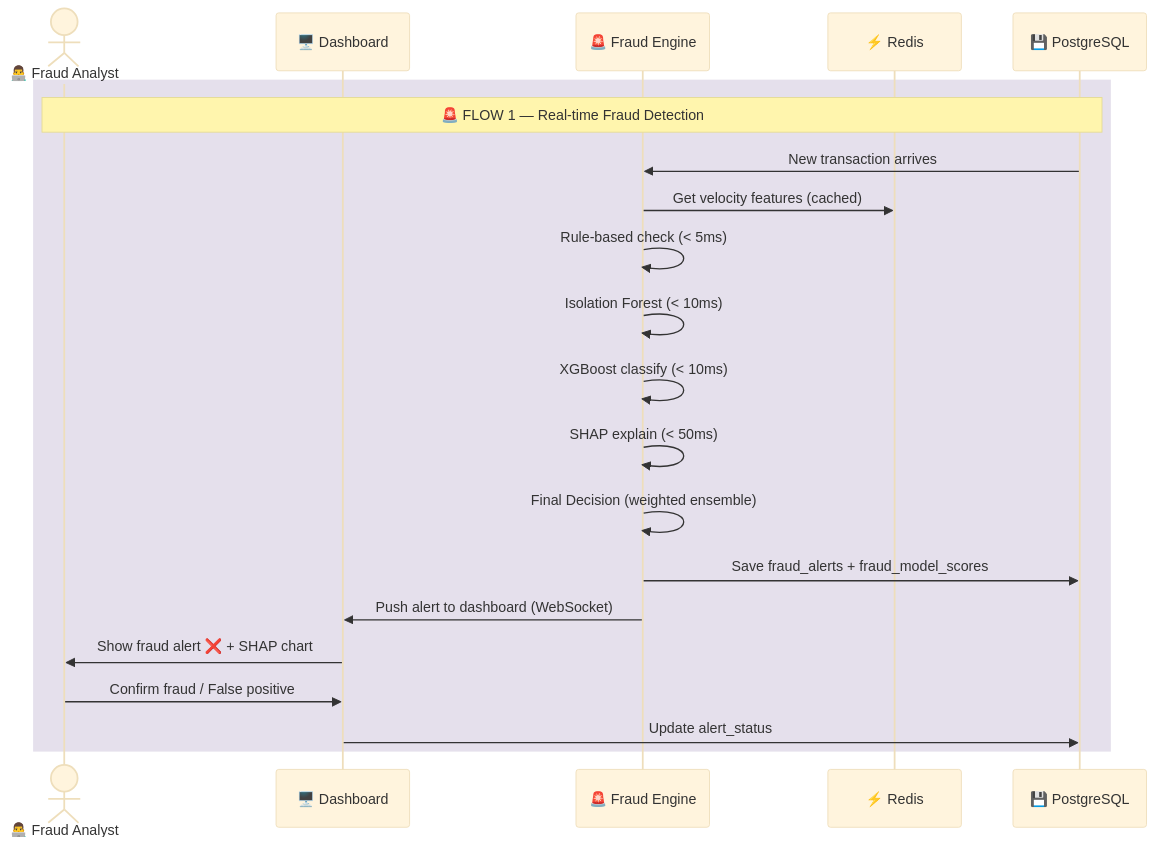
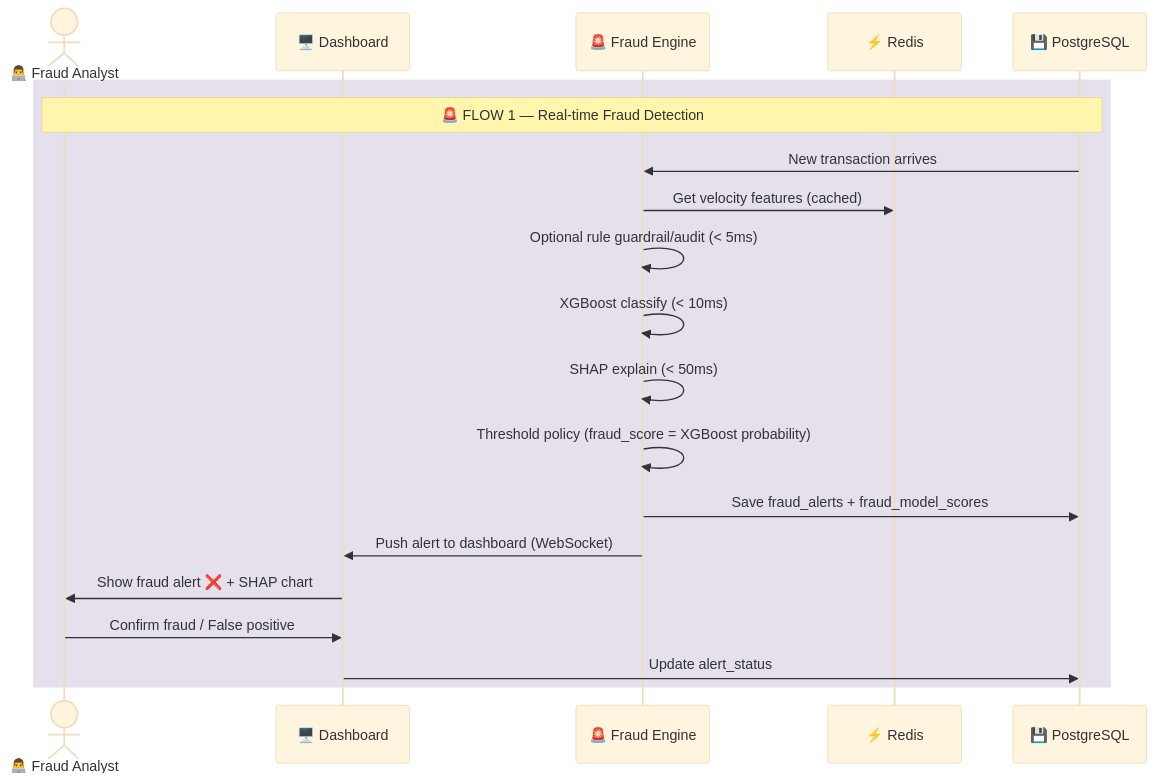
One commit to VietTrQuoc/smart-finance-ai changed the second of 7 diagrams in docs/STRUCTURE.md. Above: the diagram before and after it, drawn with Mermaid (base theme). The commit also changed other lines of this file and 45 other files, not shown here.

````diff
--- a/docs/STRUCTURE.md
+++ b/docs/STRUCTURE.md
@@ -240,24 +272,23 @@
 ```mermaid
 sequenceDiagram
     actor A as 👨‍💻 Fraud Analyst
     participant D as 🖥️ Dashboard
     participant FR as 🚨 Fraud Engine
     participant C as ⚡ Redis
     participant DB as 💾 PostgreSQL
 
     rect rgb(83, 52, 131, 0.15)
         Note over A,DB: 🚨 FLOW 1 — Real-time Fraud Detection
         DB->>FR: New transaction arrives
         FR->>C: Get velocity features (cached)
-        FR->>FR: Rule-based check (< 5ms)
-        FR->>FR: Isolation Forest (< 10ms)
+        FR->>FR: Optional rule guardrail/audit (< 5ms)
         FR->>FR: XGBoost classify (< 10ms)
         FR->>FR: SHAP explain (< 50ms)
-        FR->>FR: Final Decision (weighted ensemble)
+        FR->>FR: Threshold policy (fraud_score = XGBoost probability)
         FR->>DB: Save fraud_alerts + fraud_model_scores
         FR->>D: Push alert to dashboard (WebSocket)
         D->>A: Show fraud alert ❌ + SHAP chart
         A->>D: Confirm fraud / False positive
         D->>DB: Update alert_status
     end
 ```
````
